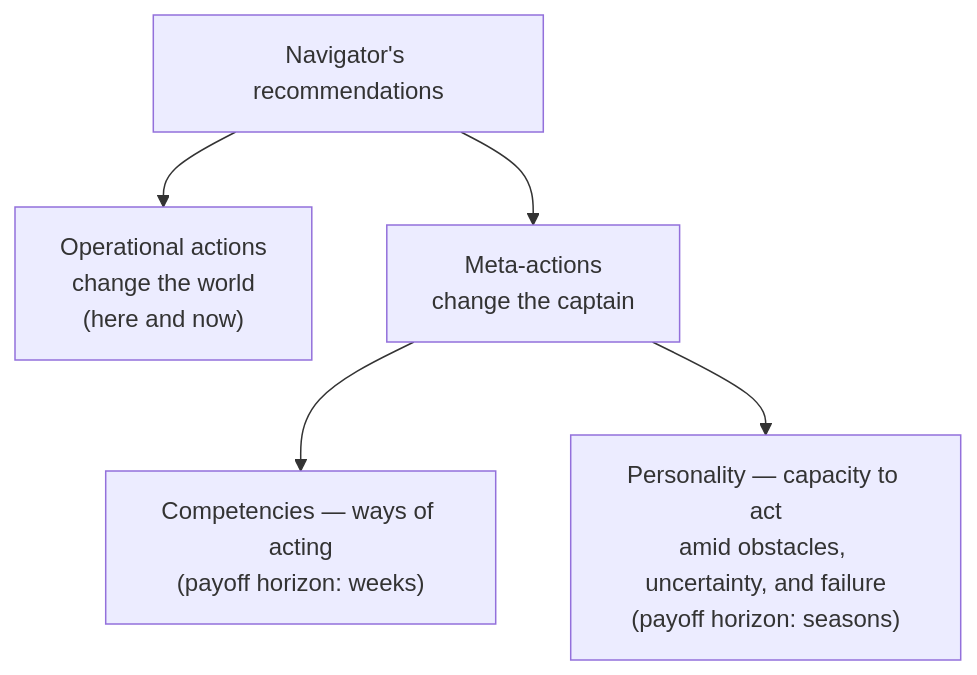
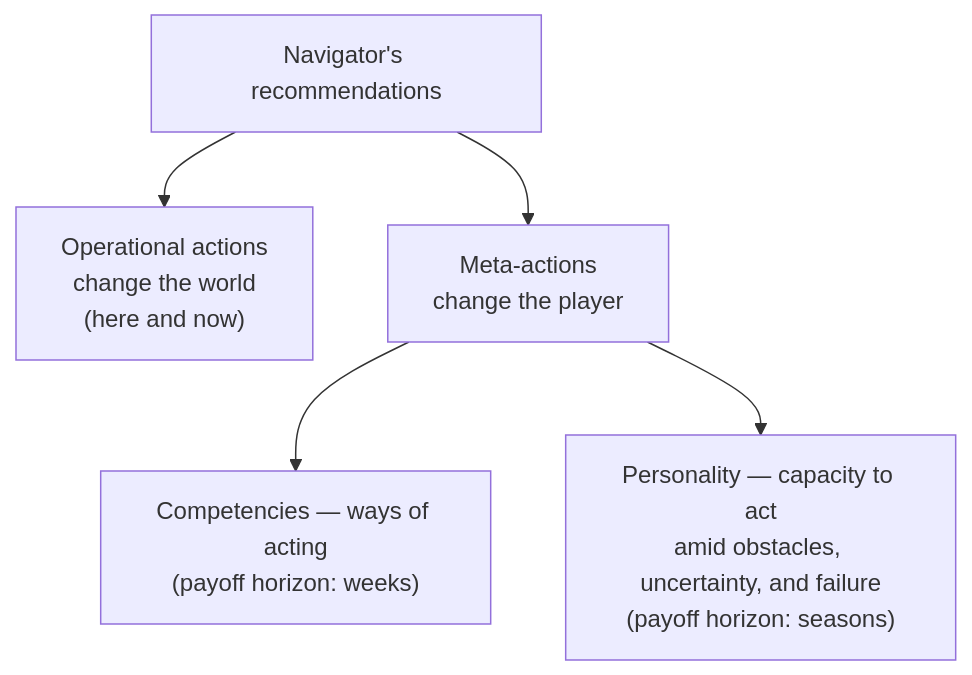
Before and after one commit to plykov/real-agi: the diagram in Eng/1_Concept/5_two-levels-and-group-dynamics.md, drawn with Mermaid. The commit also changed other lines of this file and 3 other files, not shown here.

First line of the commit message:
edit: migrate essay 5 from maritime metaphor to game/drama grammar (captain→player)

````diff
--- a/Eng/1_Concept/5_two-levels-and-group-dynamics.md
+++ b/Eng/1_Concept/5_two-levels-and-group-dynamics.md
@@ -61,8 +61,8 @@
 ```mermaid
 flowchart TB
     NAV["Navigator's recommendations"]
     NAV --> OP["Operational actions<br/>change the world<br/>(here and now)"]
-    NAV --> META["Meta-actions<br/>change the captain"]
+    NAV --> META["Meta-actions<br/>change the player"]
     META --> COMP["Competencies — ways of acting<br/>(payoff horizon: weeks)"]
     META --> PERS["Personality — capacity to act<br/>amid obstacles, uncertainty, and failure<br/>(payoff horizon: seasons)"]
 ```
````
